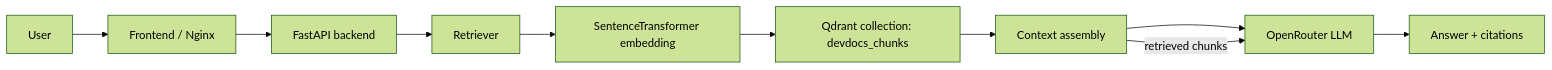
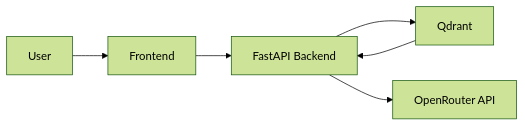
Before and after one commit to vineel2805/ragchatbot: the diagram in README.md, drawn with Mermaid (forest theme). The commit also changed other lines of this file and 1 other file, not shown here.

Commit message:
fix: update docker-compose to use pre-built images for backend and frontend services

````diff
--- a/README.md
+++ b/README.md
@@ -47,12 +20,8 @@
 ```mermaid
 flowchart LR
-    U[User] --> F[Frontend / Nginx]
-    F --> B[FastAPI backend]
-    B --> R[Retriever]
-    R --> E[SentenceTransformer embedding]
-    E --> Q[Qdrant collection: devdocs_chunks]
-    Q --> C[Context assembly]
-    C --> G[OpenRouter LLM]
-    G --> A[Answer + citations]
-    C -->|retrieved chunks| G
+    U[User] --> F[Frontend]
+    F --> B[FastAPI Backend]
+    B --> Q[Qdrant]
+    B --> O[OpenRouter API]
+    Q --> B
 ```
````
